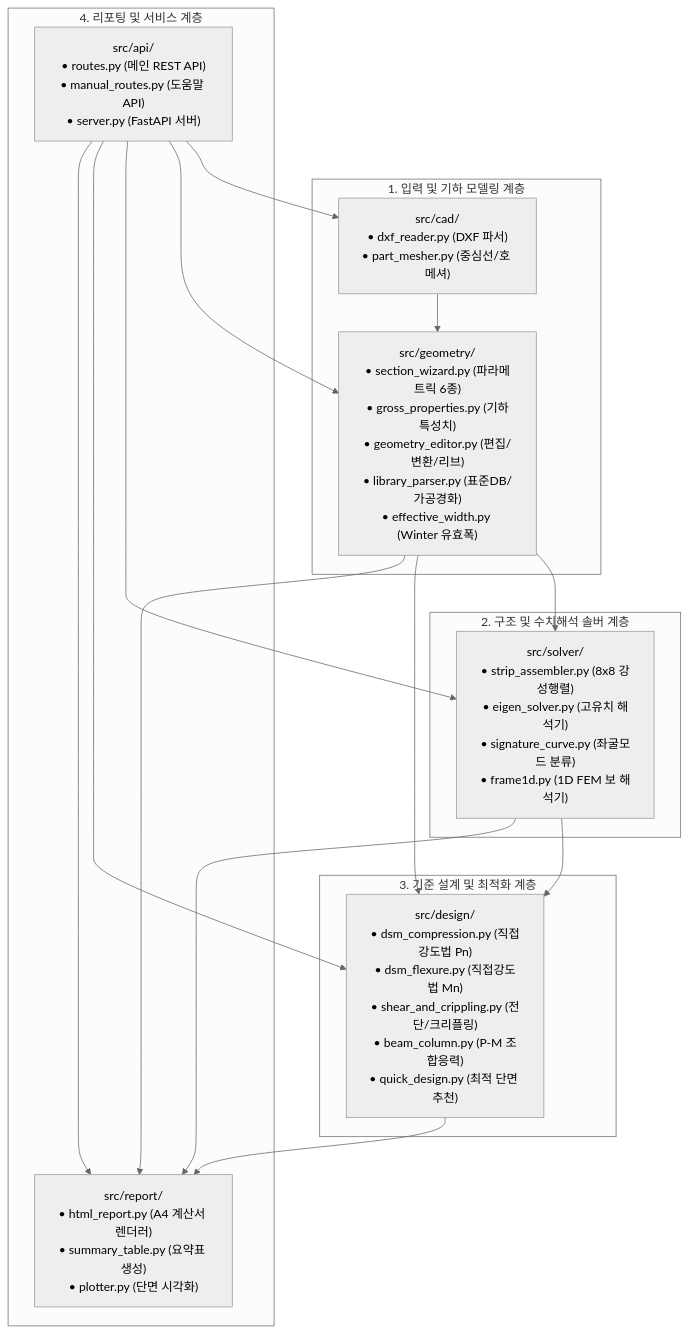
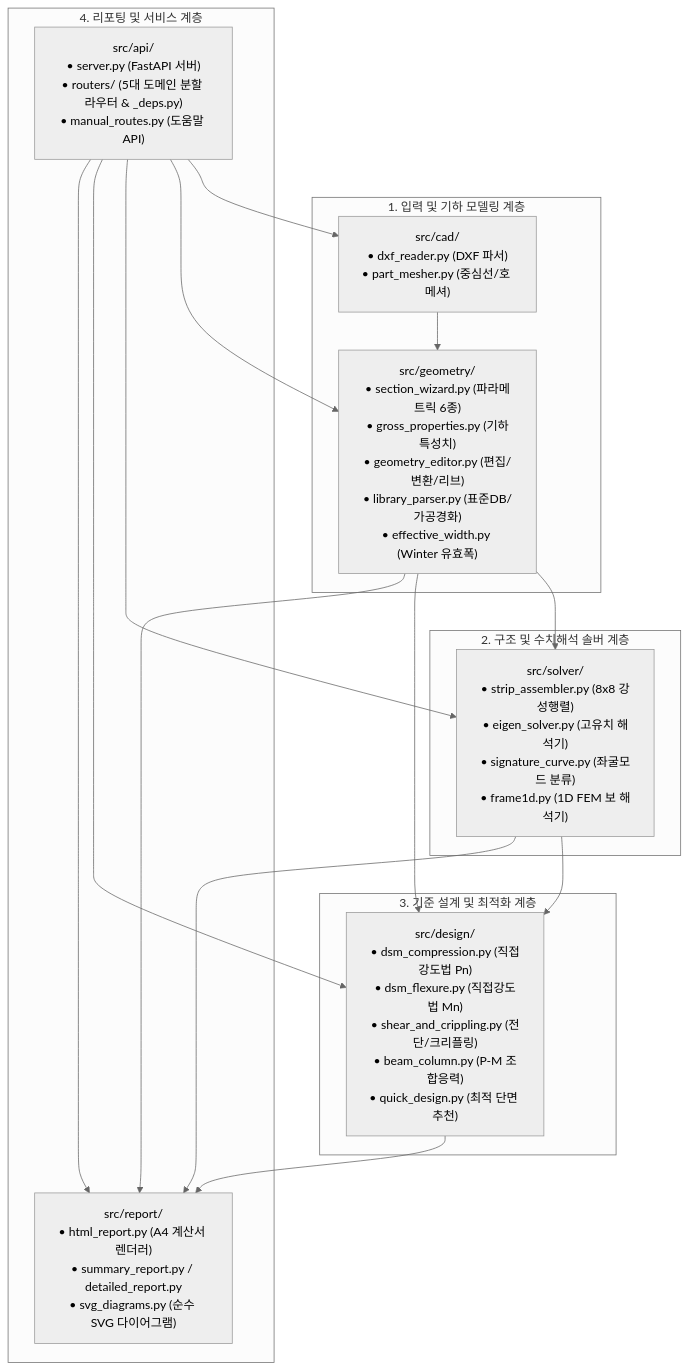
Before and after one commit to zlkiki/CFDesigner: the first of 2 diagrams in docs/06_python_engine_architecture_specification.md, drawn with Mermaid (neutral theme). The commit also changed other lines of this file and 23 other files, not shown here.

Commit message:
refactor: 수퍼파일 모듈화 (FastAPI routers 분할 및 프론트엔드 ES Module mixin 전환) 및 기술 문서 최신화

````diff
--- a/docs/06_python_engine_architecture_specification.md
+++ b/docs/06_python_engine_architecture_specification.md
@@ -28,26 +28,26 @@
 ```mermaid
 graph TD
     subgraph L1 ["1. 입력 및 기하 모델링 계층"]
         CAD["src/cad/<br>• dxf_reader.py (DXF 파서)<br>• part_mesher.py (중심선/호 메셔)"]
         GEOM["src/geometry/<br>• section_wizard.py (파라메트릭 6종)<br>• gross_properties.py (기하특성치)<br>• geometry_editor.py (편집/변환/리브)<br>• library_parser.py (표준DB/가공경화)<br>• effective_width.py (Winter 유효폭)"]
     end
 
     subgraph L2 ["2. 구조 및 수치해석 솔버 계층"]
         SOLV["src/solver/<br>• strip_assembler.py (8x8 강성행렬)<br>• eigen_solver.py (고유치 해석기)<br>• signature_curve.py (좌굴모드 분류)<br>• frame1d.py (1D FEM 보 해석기)"]
     end
 
     subgraph L3 ["3. 기준 설계 및 최적화 계층"]
         DSGN["src/design/<br>• dsm_compression.py (직접강도법 Pn)<br>• dsm_flexure.py (직접강도법 Mn)<br>• shear_and_crippling.py (전단/크리플링)<br>• beam_column.py (P-M 조합응력)<br>• quick_design.py (최적 단면 추천)"]
     end
 
     subgraph L4 ["4. 리포팅 및 서비스 계층"]
-        REPT["src/report/<br>• html_report.py (A4 계산서 렌더러)<br>• summary_table.py (요약표 생성)<br>• plotter.py (단면 시각화)"]
-        API["src/api/<br>• routes.py (메인 REST API)<br>• manual_routes.py (도움말 API)<br>• server.py (FastAPI 서버)"]
+        REPT["src/report/<br>• html_report.py (A4 계산서 렌더러)<br>• summary_report.py / detailed_report.py<br>• svg_diagrams.py (순수 SVG 다이어그램)"]
+        API["src/api/<br>• server.py (FastAPI 서버)<br>• routers/ (5대 도메인 분할 라우터 & _deps.py)<br>• manual_routes.py (도움말 API)"]
     end
 
     CAD --> GEOM
     GEOM --> SOLV
     GEOM & SOLV --> DSGN
     GEOM & SOLV & DSGN --> REPT
     API --> CAD & GEOM & SOLV & DSGN & REPT
 ```
````
